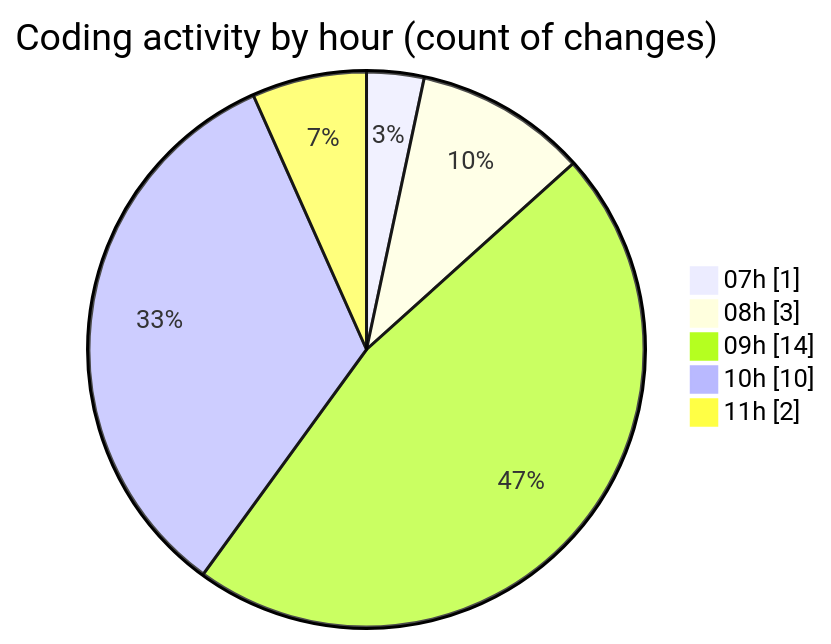
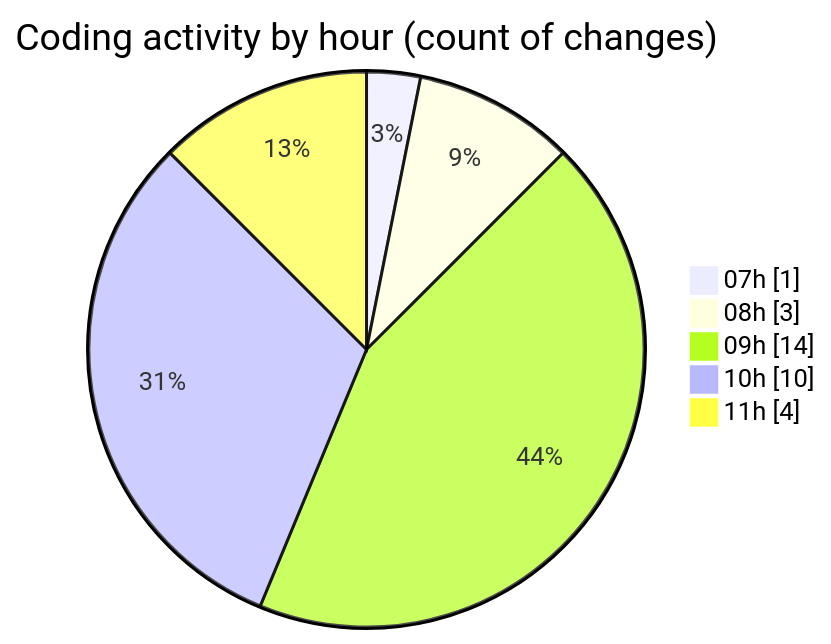
One commit to tmsrecording-cyber/code-tracking changed the second of 2 diagrams in 2026-02-02/singularitybrainai/README.md. Above: the diagram before and after it, drawn with Mermaid. The commit also changed other lines of this file and 1 other file, not shown here.

````diff
--- a/2026-02-02/singularitybrainai/README.md
+++ b/2026-02-02/singularitybrainai/README.md
@@ -39,9 +40,9 @@
 ```mermaid
 pie showData
 title Coding activity by hour (count of changes)
 "07h" : 1
 "08h" : 3
 "09h" : 14
 "10h" : 10
-"11h" : 2
+"11h" : 4
 ```
````
